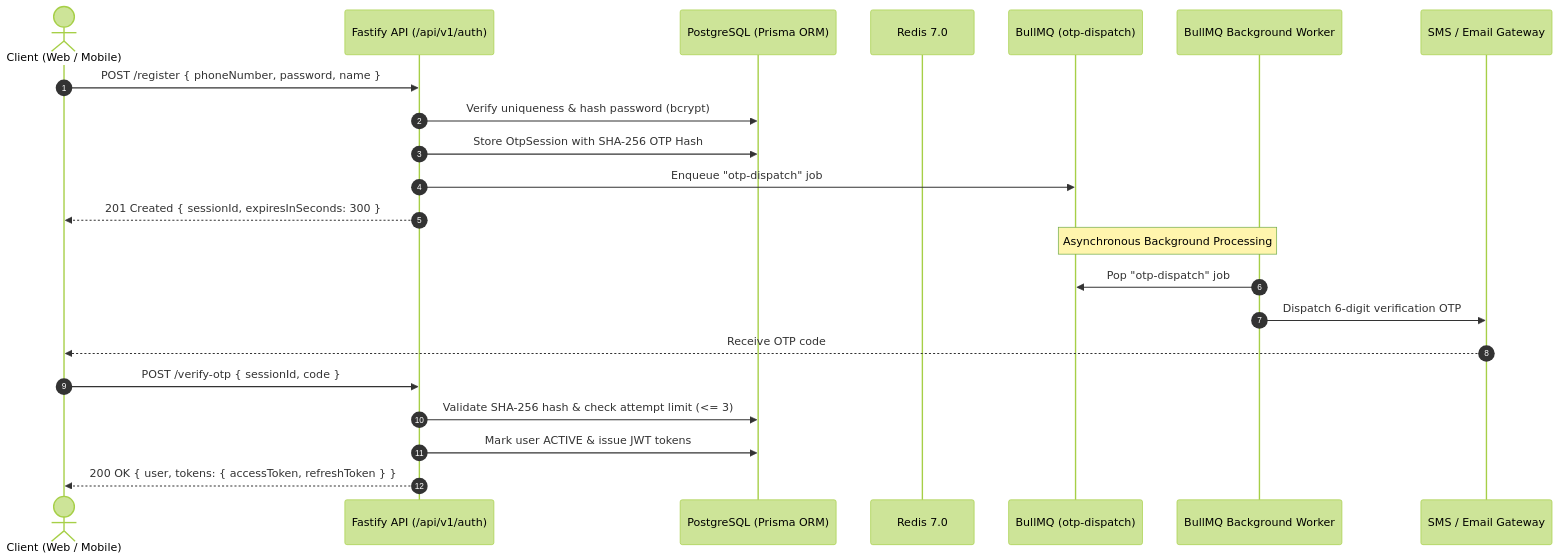
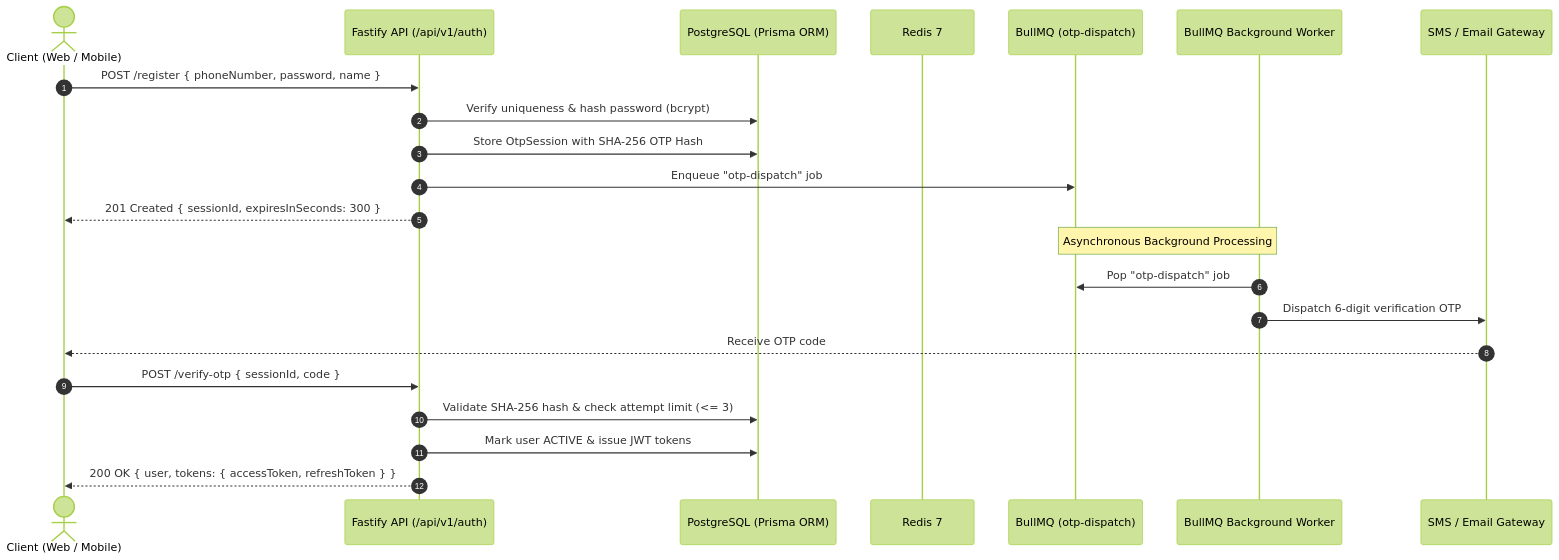
Before and after one commit to bnintelhub/olx: the second of 4 diagrams in README.md, drawn with Mermaid (forest theme). The commit also changed other lines of this file, not shown here.

Commit message:
docs: update root README with deployment engineer env guide and media microservice architecture

````diff
--- a/README.md
+++ b/README.md
@@ -138,27 +139,27 @@
 ```mermaid
 sequenceDiagram
     autonumber
     actor Client as Client (Web / Mobile)
     participant Fastify as Fastify API (/api/v1/auth)
     participant DB as PostgreSQL (Prisma ORM)
-    participant Redis as Redis 7.0
+    participant Redis as Redis 7
     participant BullMQ as BullMQ (otp-dispatch)
     participant Worker as BullMQ Background Worker
     participant SMS as SMS / Email Gateway
 
     Client->>Fastify: POST /register { phoneNumber, password, name }
     Fastify->>DB: Verify uniqueness & hash password (bcrypt)
     Fastify->>DB: Store OtpSession with SHA-256 OTP Hash
     Fastify->>BullMQ: Enqueue "otp-dispatch" job
     Fastify-->>Client: 201 Created { sessionId, expiresInSeconds: 300 }
 
     Note over BullMQ,Worker: Asynchronous Background Processing
     Worker->>BullMQ: Pop "otp-dispatch" job
     Worker->>SMS: Dispatch 6-digit verification OTP
     SMS-->>Client: Receive OTP code
 
     Client->>Fastify: POST /verify-otp { sessionId, code }
     Fastify->>DB: Validate SHA-256 hash & check attempt limit (<= 3)
     Fastify->>DB: Mark user ACTIVE & issue JWT tokens
     Fastify-->>Client: 200 OK { user, tokens: { accessToken, refreshToken } }
 ```
````
